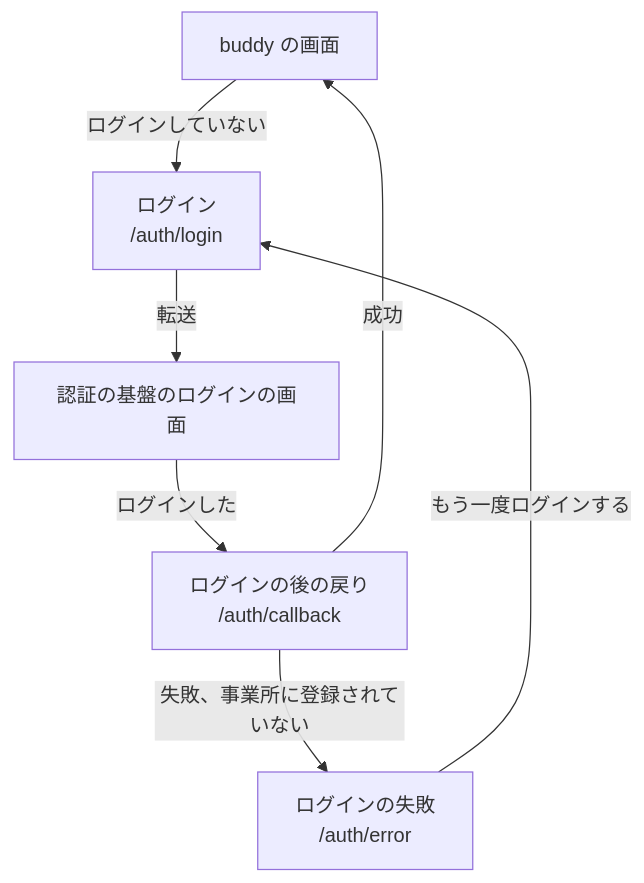
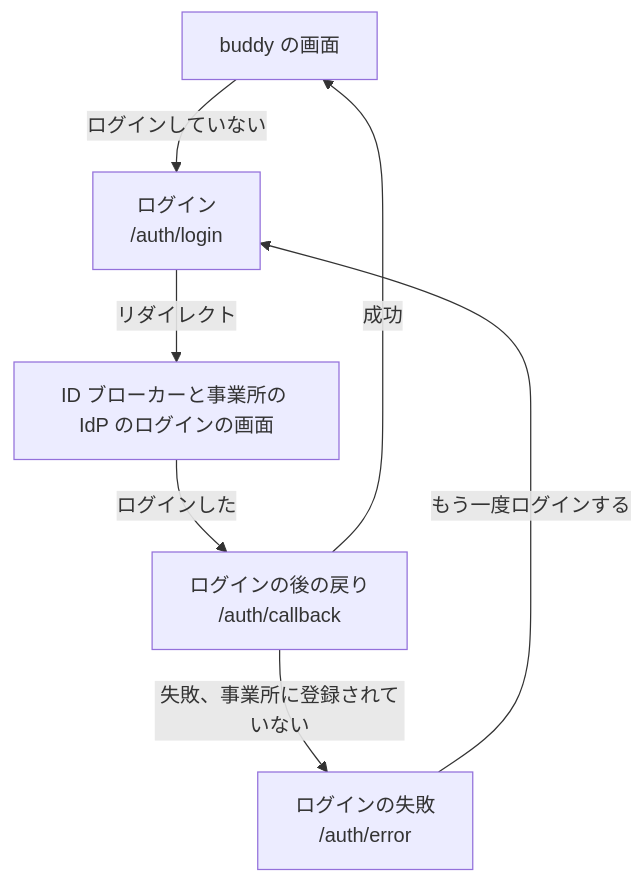
The third of 3 diagrams in docs/screens/index.md (Fukuemon/buddy), drawn with Mermaid before and after one commit. The commit also changed other lines of this file and 23 other files, not shown here.

````diff
--- a/docs/screens/index.md
+++ b/docs/screens/index.md
@@ -112,14 +112,14 @@
 ```mermaid
 flowchart TB
   screen["buddy の画面"]
   login["ログイン<br/>/auth/login"]
-  broker["認証の基盤のログインの画面"]
+  broker["ID ブローカーと事業所の IdP のログインの画面"]
   callback["ログインの後の戻り<br/>/auth/callback"]
   error["ログインの失敗<br/>/auth/error"]
   screen -- "ログインしていない" --> login
-  login -- "転送" --> broker
+  login -- "リダイレクト" --> broker
   broker -- "ログインした" --> callback
   callback -- "成功" --> screen
   callback -- "失敗、事業所に登録されていない" --> error
   error -- "もう一度ログインする" --> login
 ```
````
